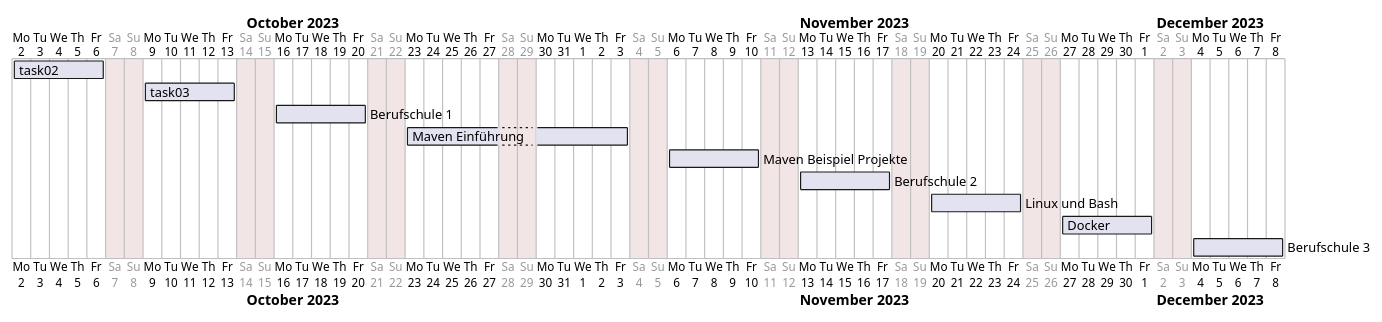
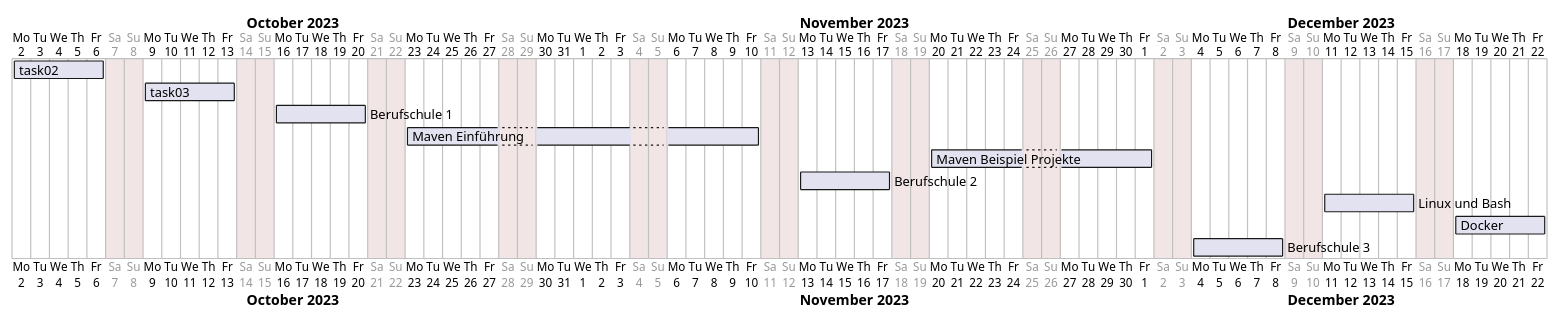
The diagram in Verbis/benedikt.puml (Martin1088/Plantuml-With-Screenreader), drawn with PlantUML before and after one commit. The commit also changed 16 other files, not shown here.

```diff
--- a/Verbis/benedikt.puml
+++ b/Verbis/benedikt.puml
@@ -1,25 +1,25 @@
 @startgantt
 'printscale weekly
 saturday are closed
 sunday are closed 
 
 Project starts the 2th of october 2023
 [task02] lasts 5 days
 [task03] lasts 5 days
 [task03] starts D+7
 [Berufschule 1] lasts 5 days
 [Berufschule 1] starts D+14 
-[Maven Einführung] lasts 10 days
+[Maven Einführung] lasts 15 days
 [Maven Einführung] starts D+21 
-[Maven Beispiel Projekte] lasts 5 days
-[Maven Beispiel Projekte] starts D+35
+[Maven Beispiel Projekte] lasts 10 days
+[Maven Beispiel Projekte] starts D+49
 [Berufschule 2] lasts 5 days
 [Berufschule 2] starts D+42 
 [Linux und Bash] lasts 5 days
-[Linux und Bash] starts D+49
+[Linux und Bash] starts D+70
 [Docker] lasts 5 days
-[Docker] starts D+56
+[Docker] starts D+77
 [Berufschule 3] lasts 5 days
 [Berufschule 3] starts D+63
 
 @endgantt
```
